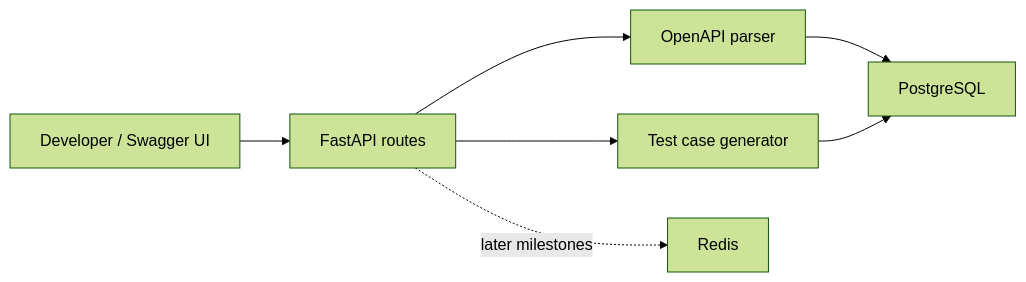
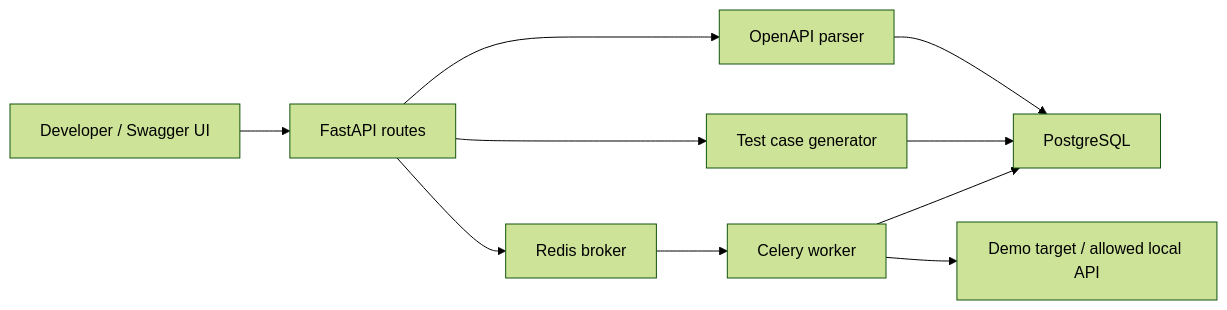
The first of 3 diagrams in ARCHITECTURE.md (AdityaT360/specpulse), drawn with Mermaid (forest theme) before and after one commit. The commit also changed other lines of this file and 15 other files, not shown here.

````diff
--- a/ARCHITECTURE.md
+++ b/ARCHITECTURE.md
@@ -9,9 +9,12 @@
 ```mermaid
 flowchart LR
     U["Developer / Swagger UI"] --> A["FastAPI routes"]
     A --> V["OpenAPI parser"]
     A --> G["Test case generator"]
     V --> P["PostgreSQL"]
     G --> P
-    A -. "later milestones" .-> R["Redis"]
+    A --> R["Redis broker"]
+    R --> W["Celery worker"]
+    W --> P
+    W --> D["Demo target / allowed local API"]
 ```
````
